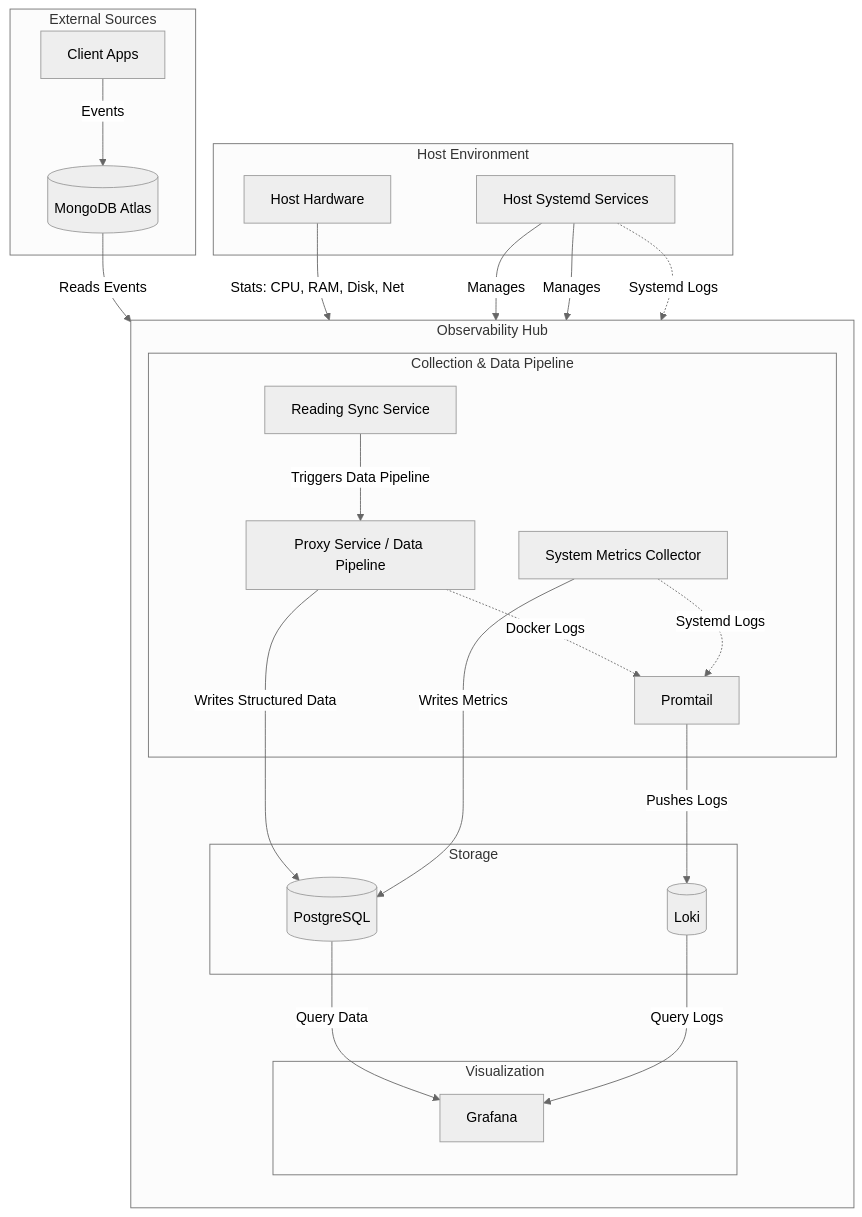
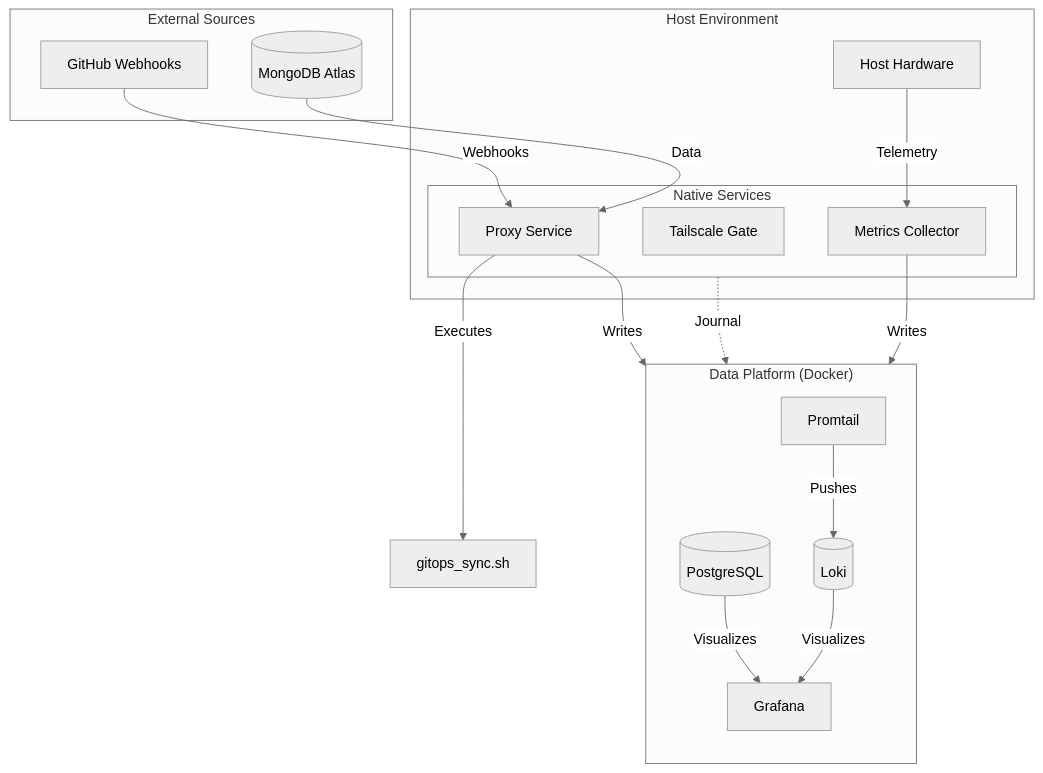
One commit to victoriacheng15/observability-hub changed the diagram in docs/architecture/README.md. Above: the diagram before and after it, drawn with Mermaid (neutral theme). The commit also changed other lines of this file and 12 other files, not shown here.

Commit message:
docs(arch): reorganize and expand architecture documentation (#83)

````diff
--- a/docs/architecture/README.md
+++ b/docs/architecture/README.md
@@ -9,56 +9,38 @@
 ```mermaid
 graph TD
     subgraph "External Sources"
-        Apps[Client Apps]
+        GitHub[GitHub Webhooks]
         Mongo[(MongoDB Atlas)]
     end
 
     subgraph "Host Environment"
         Hardware[Host Hardware]
-        HostServices[Host Systemd Services]
-    end
-
-    subgraph "Observability Hub"
-        direction TB
-        
-        subgraph "Collection & Data Pipeline"
-            Metrics[System Metrics Collector]
-            Sync[Reading Sync Service]
-            Proxy[Proxy Service / Data Pipeline]
-            Promtail[Promtail]
-        end
-
-        subgraph "Storage"
-            PG[(PostgreSQL)]
-            Loki[(Loki)]
-        end
-
-        subgraph "Visualization"
-            Grafana[Grafana]
+        subgraph HostServices [Native Services]
+            Proxy[Proxy Service]
+            Gate[Tailscale Gate]
+            Metrics[Metrics Collector]
         end
     end
 
-    %% Application Data Flow
-    Apps -->|Events| Mongo
-    Sync -->|Triggers Data Pipeline| Proxy
-    Mongo -->|Reads Events| Proxy
-    Proxy -->|Writes Structured Data| PG
+    subgraph "Data Platform (Docker)"
+        direction TB
+        Promtail[Promtail]
+        Loki[(Loki)]
+        PG[(PostgreSQL)]
+        Grafana[Grafana]
+    end
 
-    %% System Metrics Flow
-    Hardware -->|Stats: CPU, RAM, Disk, Net| Metrics
-    Metrics -->|Writes Metrics| PG
+    %% Data Flow
+    GitHub -->|Webhooks| Proxy
+    Proxy -->|Executes| Sync[gitops_sync.sh]
+    Mongo -->|Data| Proxy
+    Proxy -->|Writes| PG
+    Hardware -->|Telemetry| Metrics
+    Metrics -->|Writes| PG
 
-    %% GitOps & Automation
-    HostServices -->|Manages| Metrics
-    HostServices -->|Manages| Sync
-
-    %% Logging Flow
-    Proxy -.->|Docker Logs| Promtail
-    HostServices -.->|Systemd Logs| Promtail
-    Metrics -.->|Systemd Logs| Promtail
-    Promtail -->|Pushes Logs| Loki
-
-    %% Visualization
-    PG -->|Query Data| Grafana
-    Loki -->|Query Logs| Grafana
+    %% Logging
+    HostServices -.->|Journal| Promtail
+    Promtail -->|Pushes| Loki
+    PG -->|Visualizes| Grafana
+    Loki -->|Visualizes| Grafana
 ```
````
